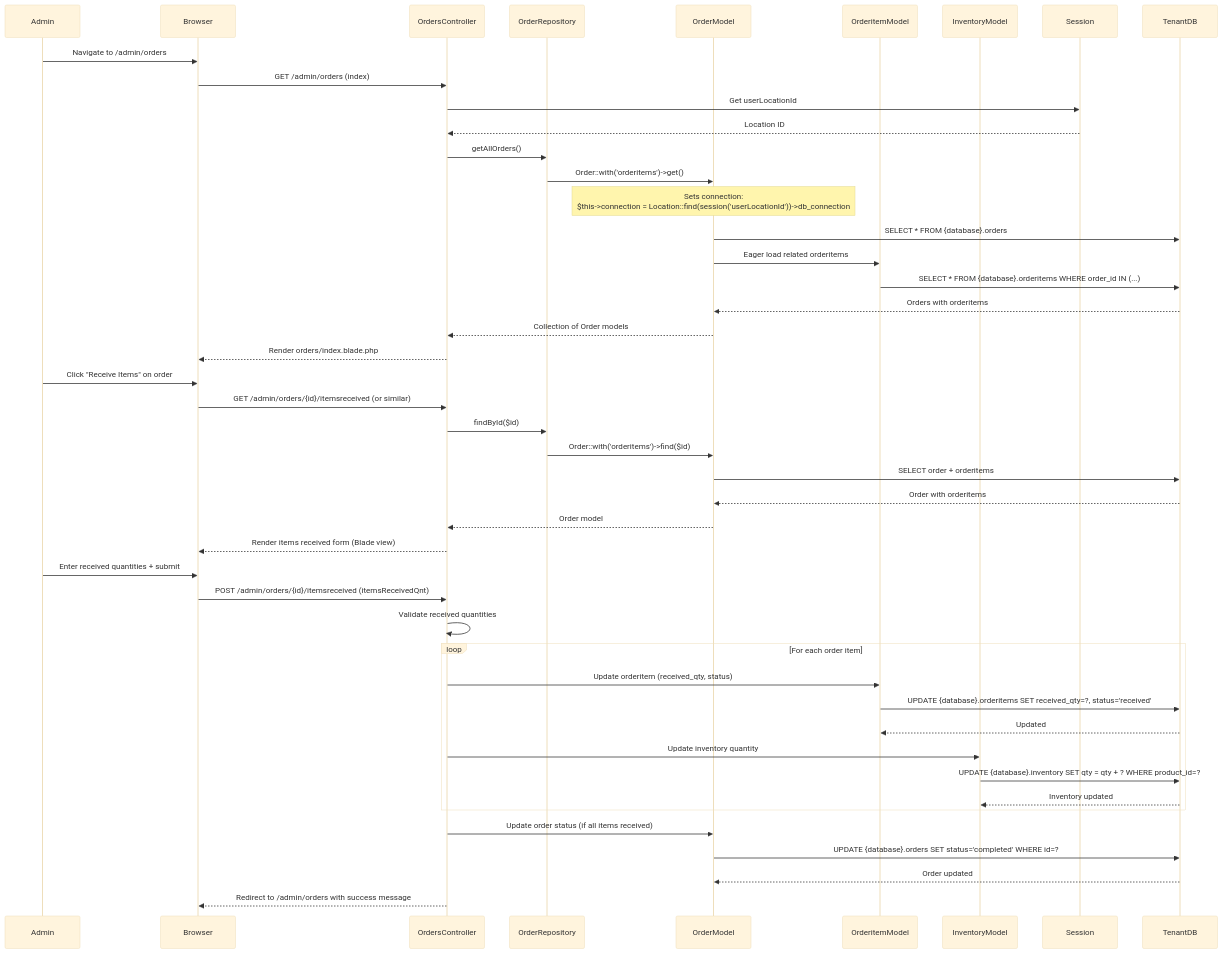
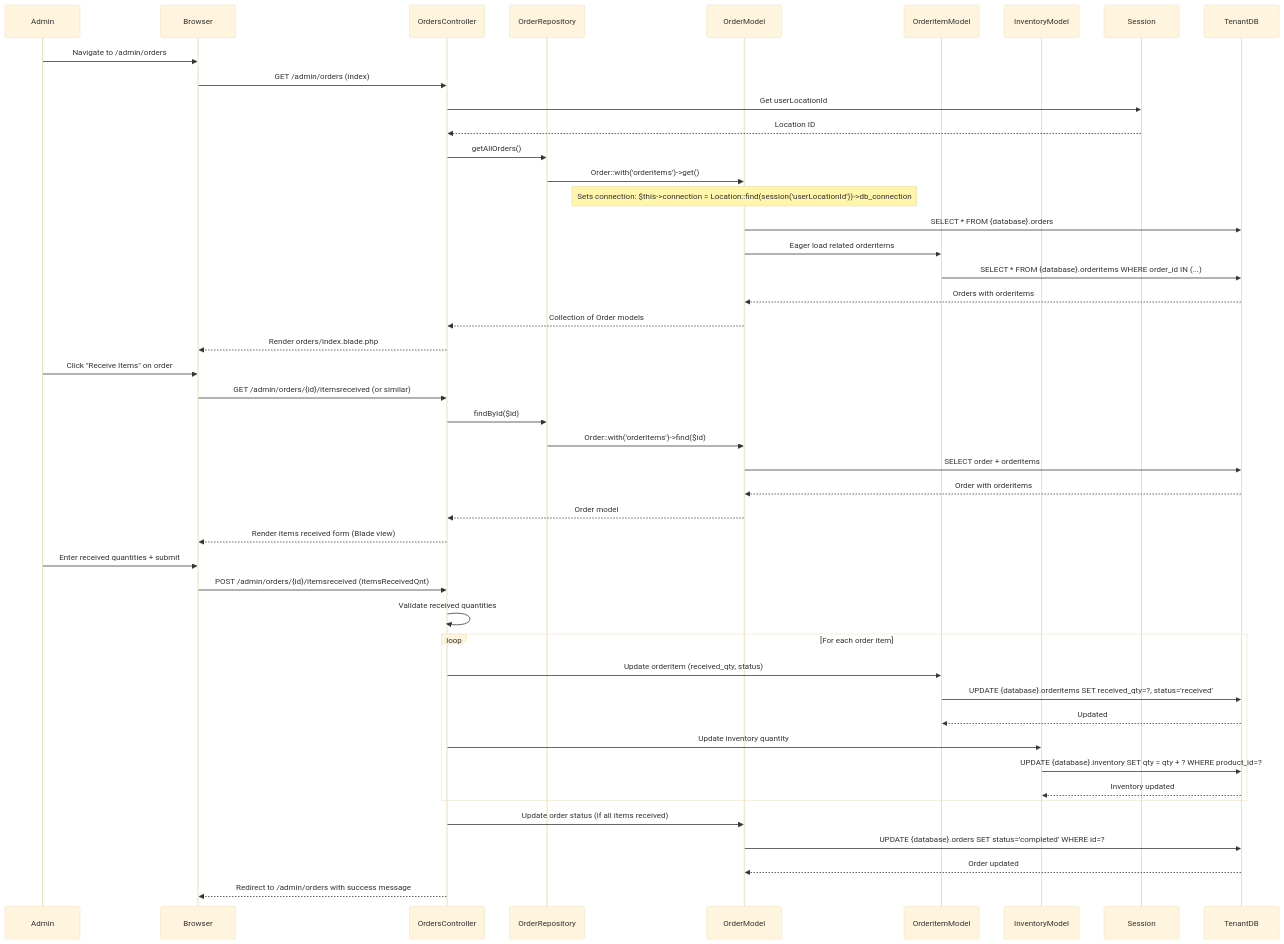
Before and after one commit to Aaron071982/boca340b-visuals-demo: the diagram in visual-demo/frontend/public/diagrams/flows_order-flow.md_01.mmd, drawn with Mermaid (base theme). The commit also changed 30 other files, not shown here.

First line of the commit message:
Add Manage Admins, fix logout confirmation, diagrams, and UI polish

```diff
--- a/visual-demo/frontend/public/diagrams/flows_order-flow.md_01.mmd
+++ b/visual-demo/frontend/public/diagrams/flows_order-flow.md_01.mmd
@@ -1,59 +1,59 @@
 sequenceDiagram
     participant Admin
     participant Browser
     participant OrdersController
     participant OrderRepository
     participant OrderModel
     participant OrderitemModel
     participant InventoryModel
     participant Session
     participant TenantDB
     
     Admin->>Browser: Navigate to /admin/orders
     Browser->>OrdersController: GET /admin/orders (index)
     
     OrdersController->>Session: Get userLocationId
     Session-->>OrdersController: Location ID
     
     OrdersController->>OrderRepository: getAllOrders()
     OrderRepository->>OrderModel: Order::with('orderitems')->get()
-    Note over OrderModel: Sets connection:<br/>$this->connection = Location::find(session('userLocationId'))->db_connection
+    Note over OrderModel: Sets connection: $this->connection = Location::find(session('userLocationId'))->db_connection
     OrderModel->>TenantDB: SELECT * FROM {database}.orders
     OrderModel->>OrderitemModel: Eager load related orderitems
     OrderitemModel->>TenantDB: SELECT * FROM {database}.orderitems WHERE order_id IN (...)
     TenantDB-->>OrderModel: Orders with orderitems
     OrderModel-->>OrdersController: Collection of Order models
     
     OrdersController-->>Browser: Render orders/index.blade.php
     
     Admin->>Browser: Click "Receive Items" on order
     Browser->>OrdersController: GET /admin/orders/{id}/itemsreceived (or similar)
     
     OrdersController->>OrderRepository: findById($id)
     OrderRepository->>OrderModel: Order::with('orderitems')->find($id)
     OrderModel->>TenantDB: SELECT order + orderitems
     TenantDB-->>OrderModel: Order with orderitems
     OrderModel-->>OrdersController: Order model
     
     OrdersController-->>Browser: Render items received form (Blade view)
     
     Admin->>Browser: Enter received quantities + submit
     Browser->>OrdersController: POST /admin/orders/{id}/itemsreceived (itemsReceivedQnt)
     
     OrdersController->>OrdersController: Validate received quantities
     
     loop For each order item
         OrdersController->>OrderitemModel: Update orderitem (received_qty, status)
         OrderitemModel->>TenantDB: UPDATE {database}.orderitems SET received_qty=?, status='received'
         TenantDB-->>OrderitemModel: Updated
         
         OrdersController->>InventoryModel: Update inventory quantity
         InventoryModel->>TenantDB: UPDATE {database}.inventory SET qty = qty + ? WHERE product_id=?
         TenantDB-->>InventoryModel: Inventory updated
     end
     
     OrdersController->>OrderModel: Update order status (if all items received)
     OrderModel->>TenantDB: UPDATE {database}.orders SET status='completed' WHERE id=?
     TenantDB-->>OrderModel: Order updated
     
     OrdersController-->>Browser: Redirect to /admin/orders with success message
```
